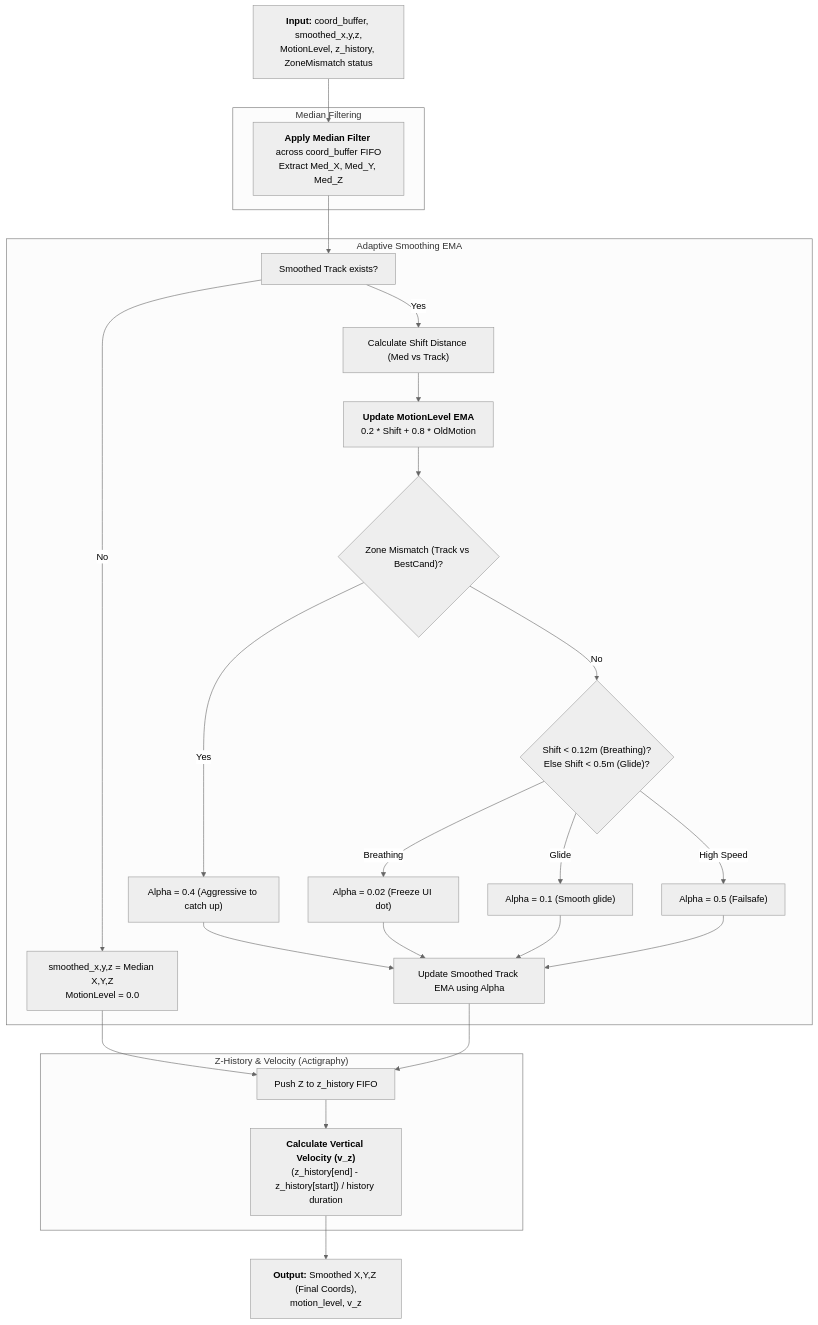
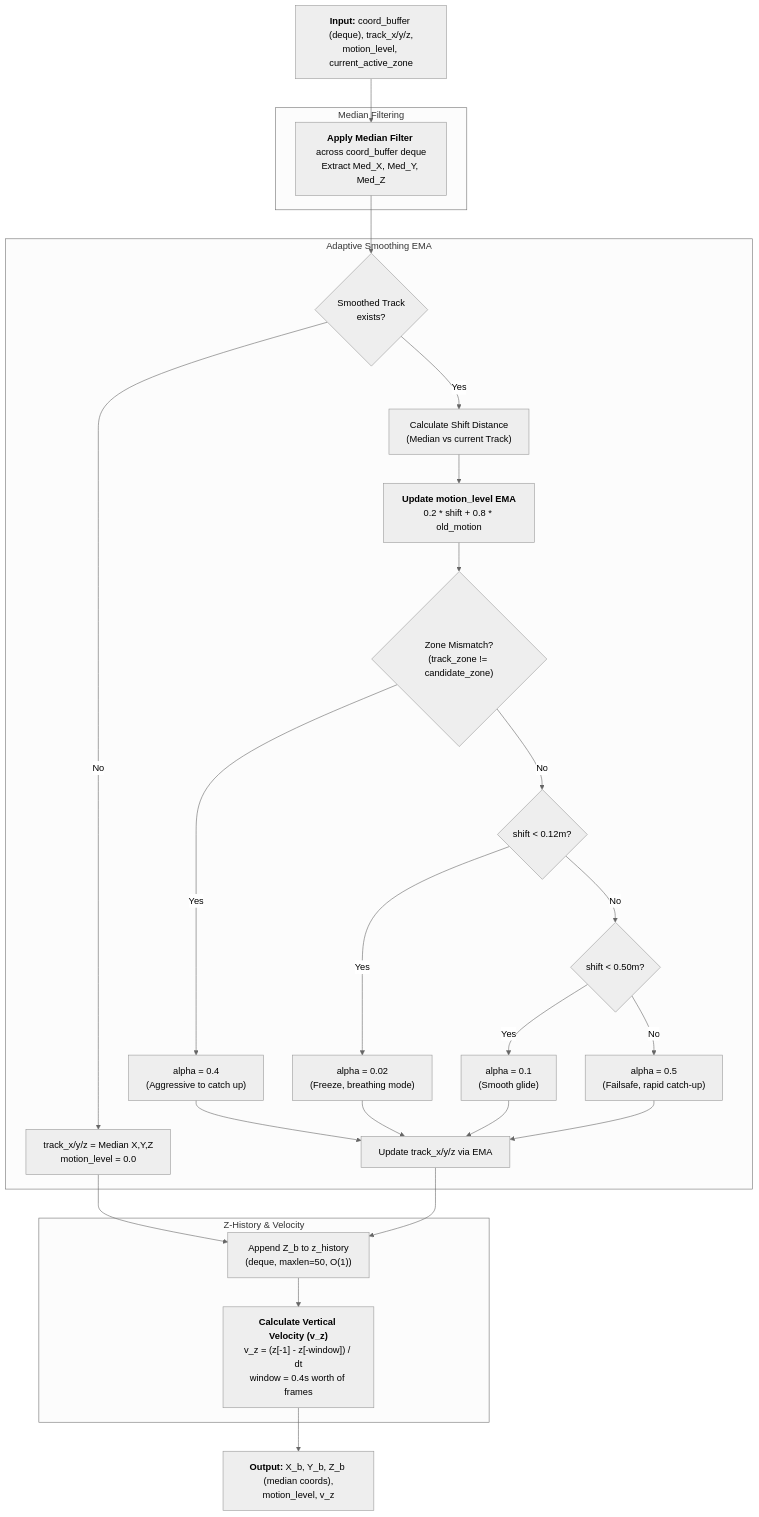
Before and after one commit to walidbrahim/activity_monitoting: the diagram in docs/diagrams/activity_step6.mmd, drawn with Mermaid (neutral theme). The commit also changed 24 other files, not shown here.

```diff
--- a/docs/diagrams/activity_step6.mmd
+++ b/docs/diagrams/activity_step6.mmd
@@ -1,36 +1,37 @@
 graph TD
-    Input6["<b>Input:</b> coord_buffer, smoothed_x,y,z,<br/>MotionLevel, z_history, ZoneMismatch status"] --> MedFilt
+    Input5["<b>Input:</b> coord_buffer (deque), track_x/y/z,<br/>motion_level, current_active_zone"] --> MedFilt
     
     subgraph "Median Filtering"
-        MedFilt["<b>Apply Median Filter</b> across coord_buffer FIFO<br/>Extract Med_X, Med_Y, Med_Z"]
+        MedFilt["<b>Apply Median Filter</b> across coord_buffer deque<br/>Extract Med_X, Med_Y, Med_Z"]
     end
     
     subgraph "Adaptive Smoothing EMA"
-        MedFilt --> TrackExist["Smoothed Track exists?"]
-        TrackExist -- No --> InitTrack["smoothed_x,y,z = Median X,Y,Z<br/>MotionLevel = 0.0"]
-        TrackExist -- Yes --> CalcShift["Calculate Shift Distance (Med vs Track)"]
+        MedFilt --> TrackExist{"Smoothed Track<br/>exists?"}
+        TrackExist -- No --> InitTrack["track_x/y/z = Median X,Y,Z<br/>motion_level = 0.0"]
+        TrackExist -- Yes --> CalcShift["Calculate Shift Distance<br/>(Median vs current Track)"]
         
-        CalcShift --> UpdateAct["<b>Update MotionLevel EMA</b><br/>0.2 * Shift + 0.8 * OldMotion"]
+        CalcShift --> UpdateAct["<b>Update motion_level EMA</b><br/>0.2 * shift + 0.8 * old_motion"]
         
-        UpdateAct --> ZoneMismatch{"Zone Mismatch (Track vs BestCand)?"}
-        ZoneMismatch -- Yes --> AggAlpha["Alpha = 0.4 (Aggressive to catch up)"]
+        UpdateAct --> ZoneMismatch{"Zone Mismatch?<br/>(track_zone != candidate_zone)"}
+        ZoneMismatch -- Yes --> AggAlpha["alpha = 0.4<br/>(Aggressive to catch up)"]
         
-        ZoneMismatch -- No --> SpeedGate{"Shift < 0.12m (Breathing)?<br/>Else Shift < 0.5m (Glide)?"}
-        SpeedGate -- Breathing --> FreezeAlpha["Alpha = 0.02 (Freeze UI dot)"]
-        SpeedGate -- Glide --> SmoothAlpha["Alpha = 0.1 (Smooth glide)"]
-        SpeedGate -- High Speed --> FailAlpha["Alpha = 0.5 (Failsafe)"]
+        ZoneMismatch -- No --> SpeedGate{"shift < 0.12m?"}
+        SpeedGate -- Yes --> FreezeAlpha["alpha = 0.02<br/>(Freeze, breathing mode)"]
+        SpeedGate -- No --> MedGate{"shift < 0.50m?"}
+        MedGate -- Yes --> SmoothAlpha["alpha = 0.1<br/>(Smooth glide)"]
+        MedGate -- No --> FailAlpha["alpha = 0.5<br/>(Failsafe, rapid catch-up)"]
         
-        AggAlpha --> UpdateCoord["Update Smoothed Track EMA using Alpha"]
+        AggAlpha --> UpdateCoord["Update track_x/y/z via EMA"]
         FreezeAlpha --> UpdateCoord
         SmoothAlpha --> UpdateCoord
         FailAlpha --> UpdateCoord
     end
     
-    subgraph "Z-History & Velocity (Actigraphy)"
-        InitTrack --> PushZ["Push Z to z_history FIFO"]
+    subgraph "Z-History & Velocity"
+        InitTrack --> PushZ["Append Z_b to z_history<br/>(deque, maxlen=50, O(1))"]
         UpdateCoord --> PushZ
         
-        PushZ --> CalcV["<b>Calculate Vertical Velocity (v_z)</b><br/>(z_history[end] - z_history[start]) / history duration"]
+        PushZ --> CalcV["<b>Calculate Vertical Velocity (v_z)</b><br/>v_z = (z[-1] - z[-window]) / dt<br/>window = 0.4s worth of frames"]
     end
     
-    CalcV --> OutputCoord["<b>Output:</b> Smoothed X,Y,Z (Final Coords),<br/>motion_level, v_z"]
+    CalcV --> OutputCoord["<b>Output:</b> X_b, Y_b, Z_b (median coords),<br/>motion_level, v_z"]
```
